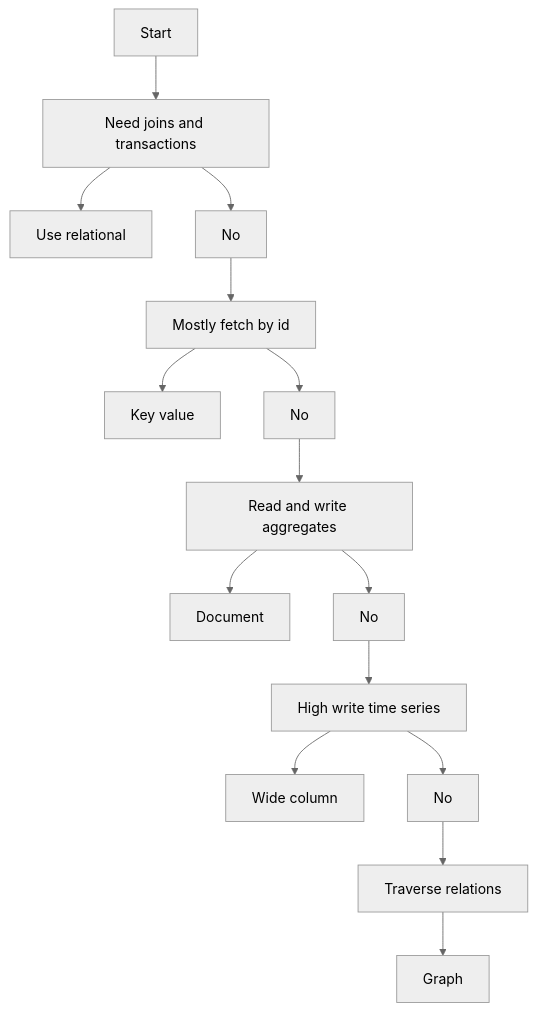
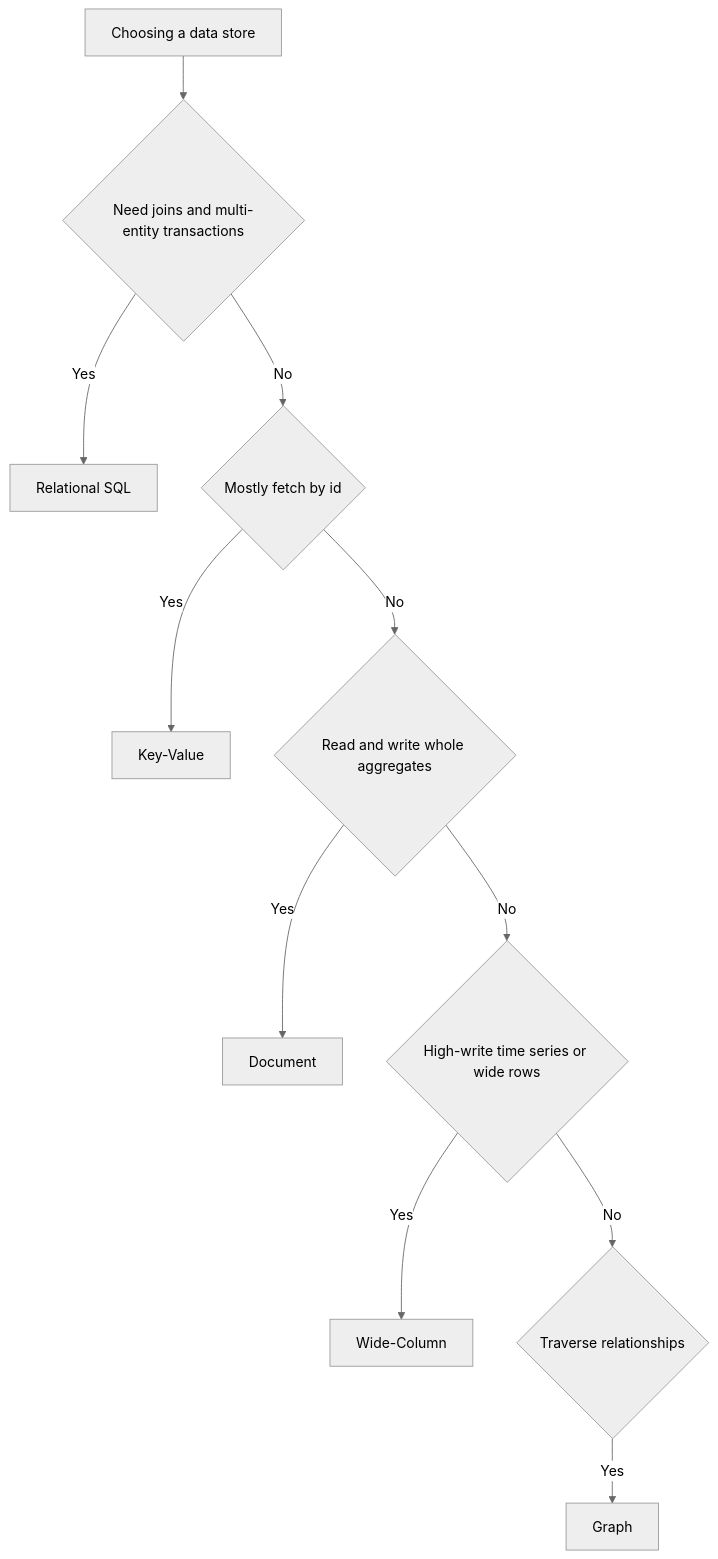
Before and after one commit to grafanaKibana/devbook.zip: the diagram in Vault/Software Engineering/03 Data Persistence/NoSQL/NoSQL.md, drawn with Mermaid (neutral theme). The commit also changed other lines of this file and 11 other files, not shown here.

````diff
--- a/Vault/Software Engineering/03 Data Persistence/NoSQL/NoSQL.md
+++ b/Vault/Software Engineering/03 Data Persistence/NoSQL/NoSQL.md
@@ -22,17 +22,13 @@
 ```mermaid
 flowchart TD
-  A[Start] --> B[Need joins and transactions]
-  B --> C[Use relational]
-  B --> D[No]
-  D --> E[Mostly fetch by id]
-  E --> F[Key value]
-  E --> G[No]
-  G --> H[Read and write aggregates]
-  H --> I[Document]
-  H --> J[No]
-  J --> K[High write time series]
-  K --> L[Wide column]
-  K --> M[No]
-  M --> N[Traverse relations]
-  N --> O[Graph]
+  A[Choosing a data store] --> B{Need joins and multi-entity transactions}
+  B -->|Yes| C[Relational SQL]
+  B -->|No| D{Mostly fetch by id}
+  D -->|Yes| E[Key-Value]
+  D -->|No| F{Read and write whole aggregates}
+  F -->|Yes| G[Document]
+  F -->|No| H{High-write time series or wide rows}
+  H -->|Yes| I[Wide-Column]
+  H -->|No| J{Traverse relationships}
+  J -->|Yes| K[Graph]
 ```
````
